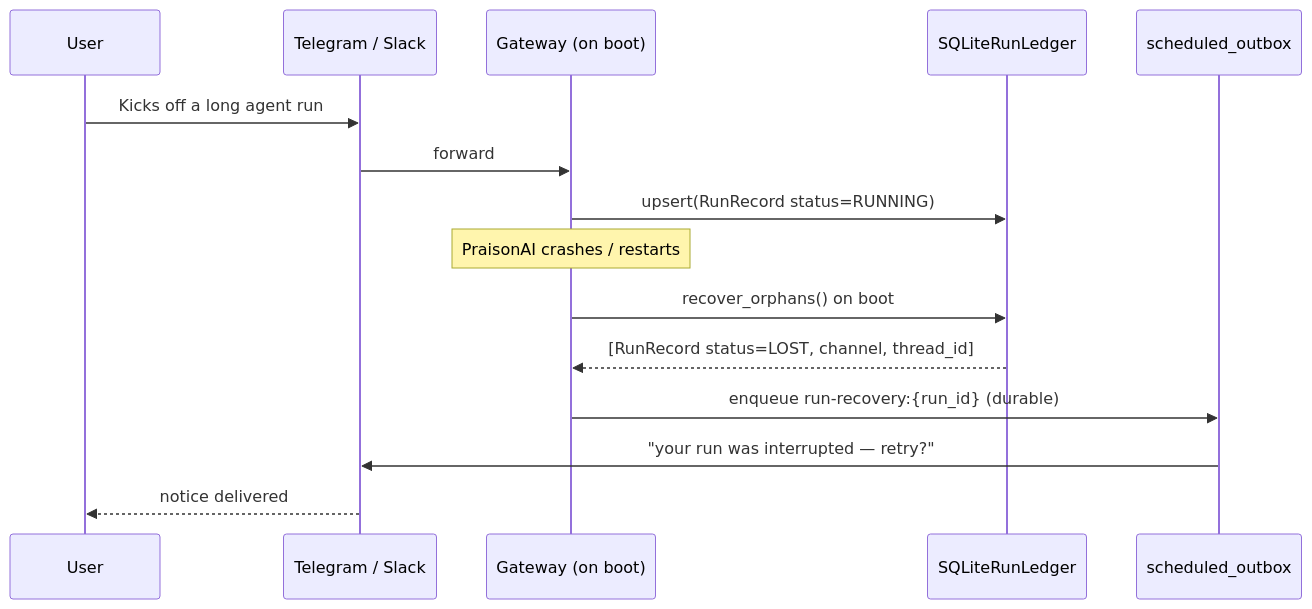
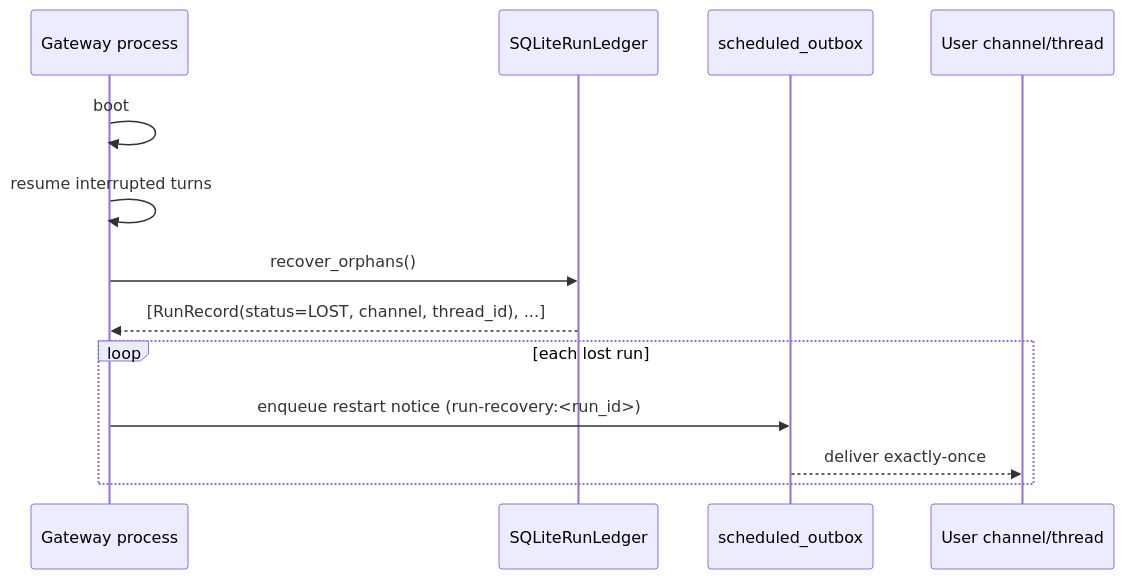
The third of 3 diagrams in docs/features/gateway-restart-continuation.mdx (MervinPraison/PraisonAIDocs), drawn with Mermaid before and after one commit. The commit also changed other lines of this file and 8 other files, not shown here.

First line of the commit message:
docs: cover gateway auto-discovery, boot run-ledger recovery, and WhatsApp identity canonicalization (fixes #2806)

````diff
--- a/docs/features/gateway-restart-continuation.mdx
+++ b/docs/features/gateway-restart-continuation.mdx
@@ -123,18 +123,16 @@
 ```mermaid
 sequenceDiagram
-    participant User
-    participant Ch as Telegram / Slack
-    participant Gw as Gateway (on boot)
-    participant Le as SQLiteRunLedger
-    participant Ob as scheduled_outbox
+    participant Process as Gateway process
+    participant Ledger as SQLiteRunLedger
+    participant Outbox as scheduled_outbox
+    participant Channel as User channel/thread
 
-    User->>Ch: Kicks off a long agent run
-    Ch->>Gw: forward
-    Gw->>Le: upsert(RunRecord status=RUNNING)
-    Note over Gw: PraisonAI crashes / restarts
-    Gw->>Le: recover_orphans() on boot
-    Le-->>Gw: [RunRecord status=LOST, channel, thread_id]
-    Gw->>Ob: enqueue run-recovery:{run_id} (durable)
-    Ob->>Ch: "your run was interrupted — retry?"
-    Ch-->>User: notice delivered
+    Process->>Process: boot
+    Process->>Process: resume interrupted turns
+    Process->>Ledger: recover_orphans()
+    Ledger-->>Process: [RunRecord(status=LOST, channel, thread_id), ...]
+    loop each lost run
+        Process->>Outbox: enqueue restart notice (run-recovery:<run_id>)
+        Outbox-->>Channel: deliver exactly-once
+    end
 ```
````
